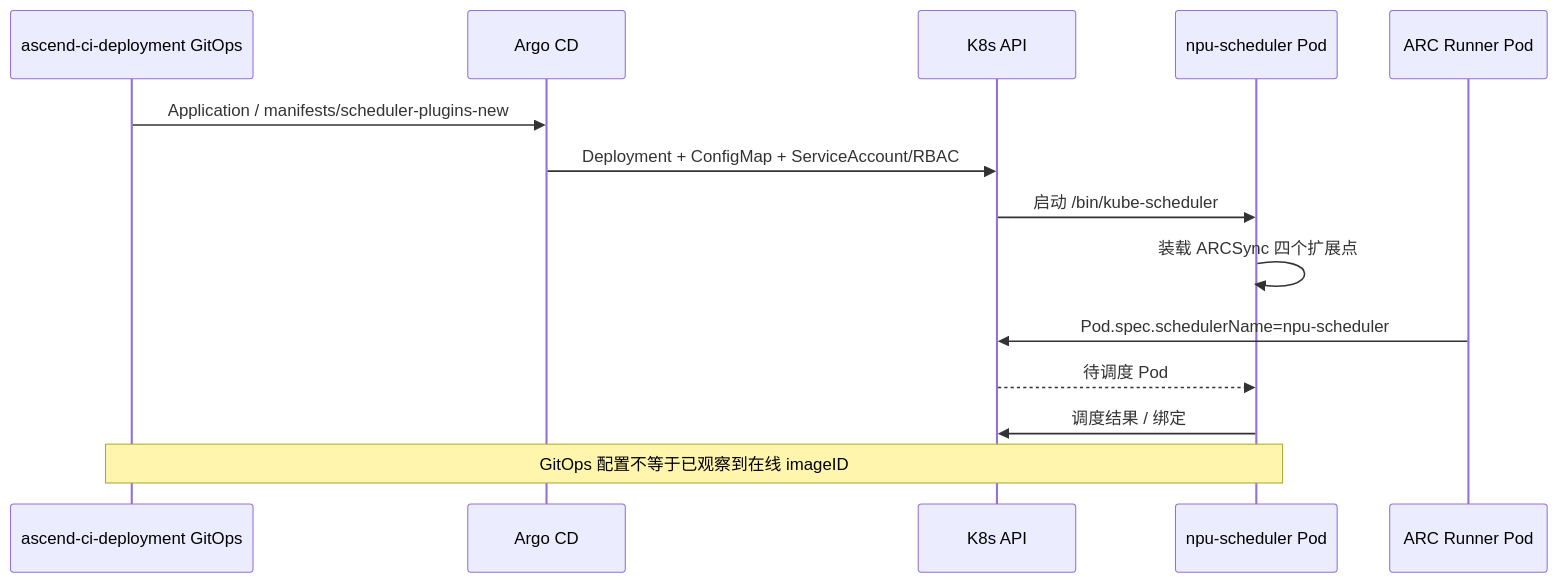
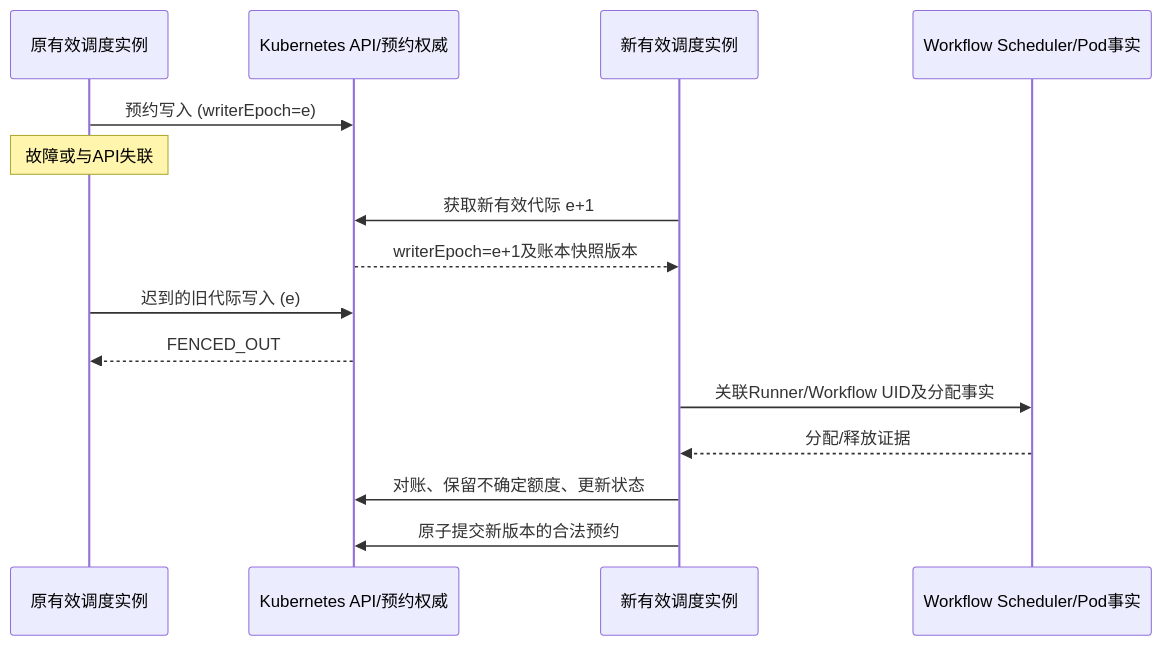
Before and after one commit to ascend-gha-runners/scheduler-plugins: the ninth of 9 diagrams in docs/system-design.md, drawn with Mermaid. The commit also changed other lines of this file, not shown here.

First line of the commit message:
docs: target-state ARC NPU scheduler architecture and DFX design

````diff
--- a/docs/system-design.md
+++ b/docs/system-design.md
@@ -1608,16 +1154,17 @@
-```mermaid
+~~~mermaid
 sequenceDiagram
-  participant GIT as ascend-ci-deployment GitOps
-  participant ARGO as Argo CD
-  participant API as K8s API
-  participant S as npu-scheduler Pod
-  participant ARC as ARC Runner Pod
-  GIT->>ARGO: Application / manifests/scheduler-plugins-new
-  ARGO->>API: Deployment + ConfigMap + ServiceAccount/RBAC
-  API->>S: 启动 /bin/kube-scheduler
-  S->>S: 装载 ARCSync 四个扩展点
-  ARC->>API: Pod.spec.schedulerName=npu-scheduler
-  API-->>S: 待调度 Pod
-  S->>API: 调度结果 / 绑定
-  Note over GIT,S: GitOps 配置不等于已观察到在线 imageID
-```
+  participant O as 原有效调度实例
+  participant API as Kubernetes API/预约权威
+  participant N as 新有效调度实例
+  participant W as Workflow Scheduler/Pod事实
+  O->>API: 预约写入 (writerEpoch=e)
+  Note over O: 故障或与API失联
+  N->>API: 获取新有效代际 e+1
+  API-->>N: writerEpoch=e+1及账本快照版本
+  O->>API: 迟到的旧代际写入 (e)
+  API-->>O: FENCED_OUT
+  N->>W: 关联Runner/Workflow UID及分配事实
+  W-->>N: 分配/释放证据
+  N->>API: 对账、保留不确定额度、更新状态
+  N->>API: 原子提交新版本的合法预约
+~~~
````
